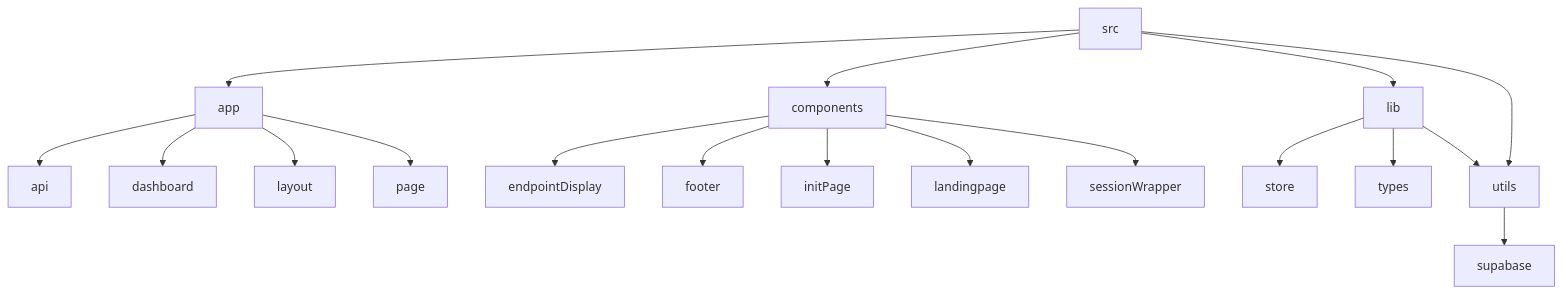
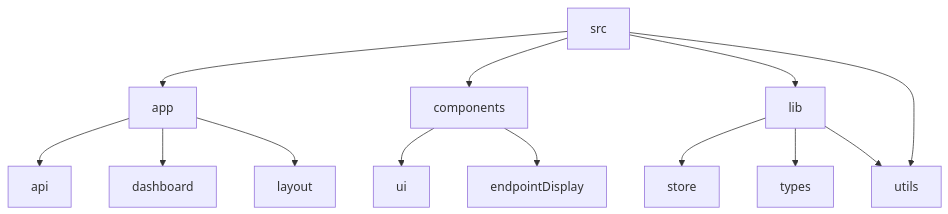
Before and after one commit to abhraneeldhar7/no-sleep-app: the diagram in README.md, drawn with Mermaid. The commit also changed other lines of this file, not shown here.

````diff
--- a/README.md
+++ b/README.md
@@ -24,20 +27,15 @@
 ```mermaid
 graph TD;
 src-->app;
 src-->components;
 src-->lib;
 src-->utils;
 app-->api;
 app-->dashboard;
 app-->layout;
-app-->page;
+components-->ui;
 components-->endpointDisplay;
-components-->footer;
-components-->initPage;
-components-->landingpage;
-components-->sessionWrapper;
 lib-->store;
 lib-->types;
 lib-->utils;
-utils-->supabase;
 ```
````
